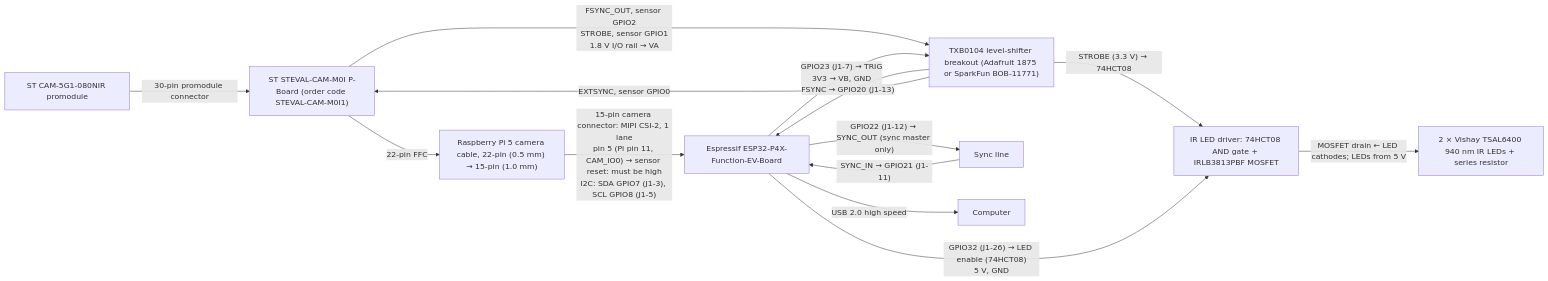
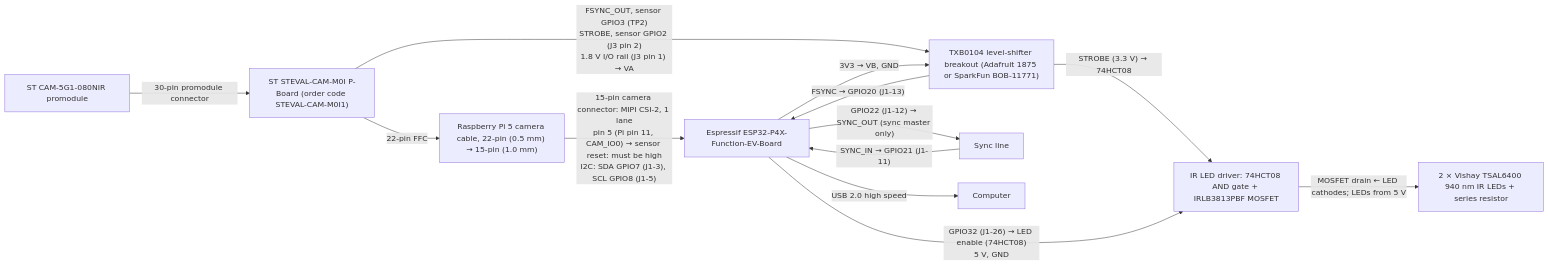
The diagram in README.md (olinesn/nir-eye-cam), drawn with Mermaid before and after one commit. The commit also changed other lines of this file and 12 other files, not shown here.

````diff
--- a/README.md
+++ b/README.md
@@ -85,25 +85,24 @@
 ```mermaid
 flowchart LR
     module["ST CAM-5G1-080NIR promodule"]
     pboard["ST STEVAL-CAM-M0I P-Board (order code STEVAL-CAM-M0I1)"]
     cable["Raspberry Pi 5 camera cable, 22-pin (0.5 mm) → 15-pin (1.0 mm)"]
     board["Espressif ESP32-P4X-Function-EV-Board"]
     shift["TXB0104 level-shifter breakout (Adafruit 1875 or SparkFun BOB-11771)"]
     driver["IR LED driver: 74HCT08 AND gate + IRLB3813PBF MOSFET"]
     leds["2 × Vishay TSAL6400 940 nm IR LEDs + series resistor"]
     sync["Sync line"]
     pc["Computer"]
     module -- "30-pin promodule connector" --> pboard
     pboard -- "22-pin FFC" --> cable
     cable -- "15-pin camera connector: MIPI CSI-2, 1 lane<br/>pin 5 (Pi pin 11, CAM_IO0) → sensor reset: must be high<br/>I2C: SDA GPIO7 (J1-3), SCL GPIO8 (J1-5)" --> board
-    pboard -- "FSYNC_OUT, sensor GPIO2<br/>STROBE, sensor GPIO1<br/>1.8 V I/O rail → VA" --> shift
+    pboard -- "FSYNC_OUT, sensor GPIO3 (TP2)<br/>STROBE, sensor GPIO2 (J3 pin 2)<br/>1.8 V I/O rail (J3 pin 1) → VA" --> shift
     shift -- "FSYNC → GPIO20 (J1-13)" --> board
-    board -- "GPIO23 (J1-7) → TRIG<br/>3V3 → VB, GND" --> shift
-    shift -- "EXTSYNC, sensor GPIO0" --> pboard
+    board -- "3V3 → VB, GND" --> shift
     shift -- "STROBE (3.3 V) → 74HCT08" --> driver
     board -- "GPIO32 (J1-26) → LED enable (74HCT08)<br/>5 V, GND" --> driver
     driver -- "MOSFET drain ← LED cathodes; LEDs from 5 V" --> leds
     sync -- "SYNC_IN → GPIO21 (J1-11)" --> board
     board -- "GPIO22 (J1-12) → SYNC_OUT (sync master only)" --> sync
     board -- "USB 2.0 high speed" --> pc
 ```
````
